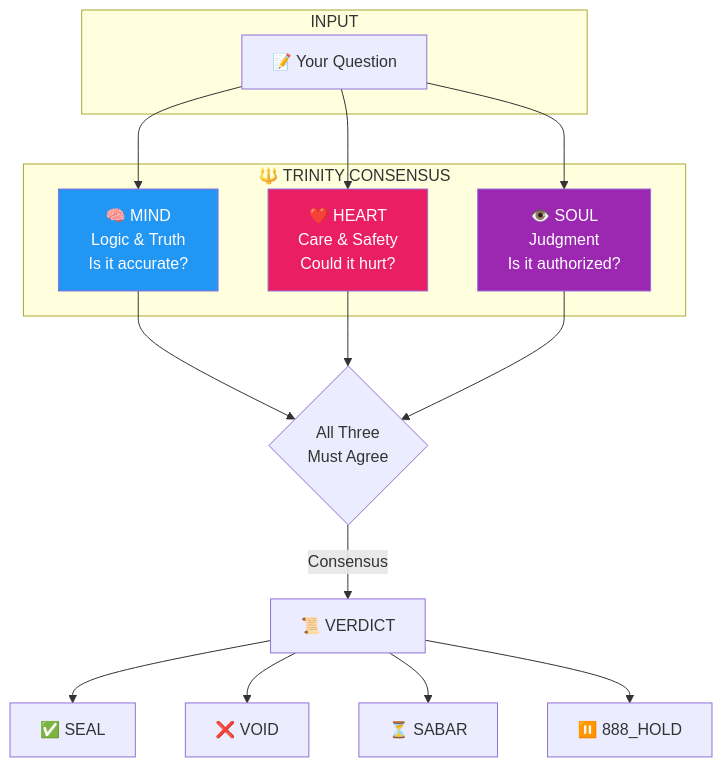
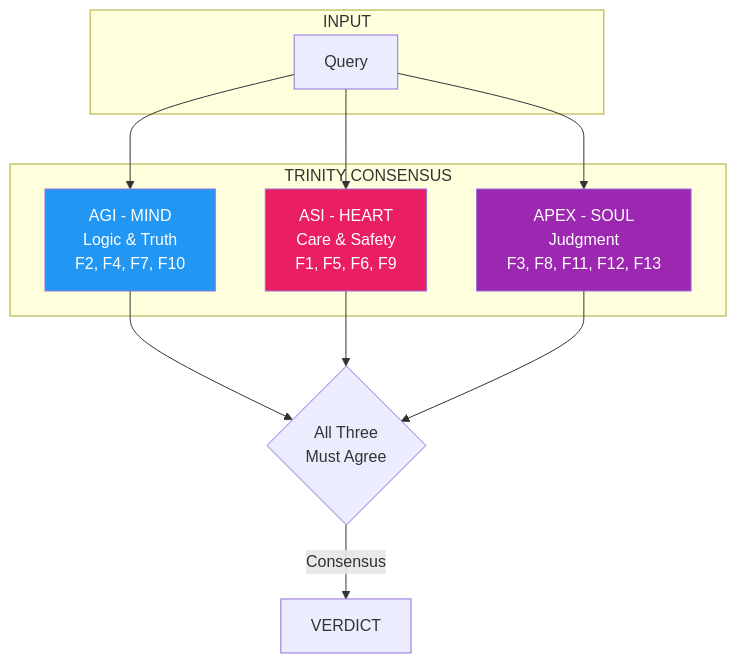
The sixth of 6 diagrams in README.md (ariffazil/arifos), drawn with Mermaid before and after one commit. The commit also changed other lines of this file, not shown here.

````diff
--- a/README.md
+++ b/README.md
@@ -329,31 +1128,26 @@
 ```mermaid
 flowchart TB
     subgraph INPUT
-        Q[📝 Your Question]
+        Q[Query]
     end
 
     Q --> MIND
     Q --> HEART
     Q --> SOUL
 
-    subgraph TRINITY[🔱 TRINITY CONSENSUS]
-        MIND[🧠 MIND<br/>Logic & Truth<br/>Is it accurate?]
-        HEART[❤️ HEART<br/>Care & Safety<br/>Could it hurt?]
-        SOUL[👁️ SOUL<br/>Judgment<br/>Is it authorized?]
+    subgraph TRINITY[TRINITY CONSENSUS]
+        MIND[AGI - MIND<br/>Logic & Truth<br/>F2, F4, F7, F10]
+        HEART[ASI - HEART<br/>Care & Safety<br/>F1, F5, F6, F9]
+        SOUL[APEX - SOUL<br/>Judgment<br/>F3, F8, F11, F12, F13]
     end
 
     MIND --> AGREE{All Three<br/>Must Agree}
     HEART --> AGREE
     SOUL --> AGREE
 
-    AGREE -->|Consensus| VERDICT[📜 VERDICT]
-
-    VERDICT --> SEAL[✅ SEAL]
-    VERDICT --> VOID[❌ VOID]
-    VERDICT --> SABAR[⏳ SABAR]
-    VERDICT --> HOLD[⏸️ 888_HOLD]
+    AGREE -->|Consensus| VERDICT[VERDICT]
 
     style MIND fill:#2196F3,color:white
     style HEART fill:#E91E63,color:white
     style SOUL fill:#9C27B0,color:white
 ```
````
